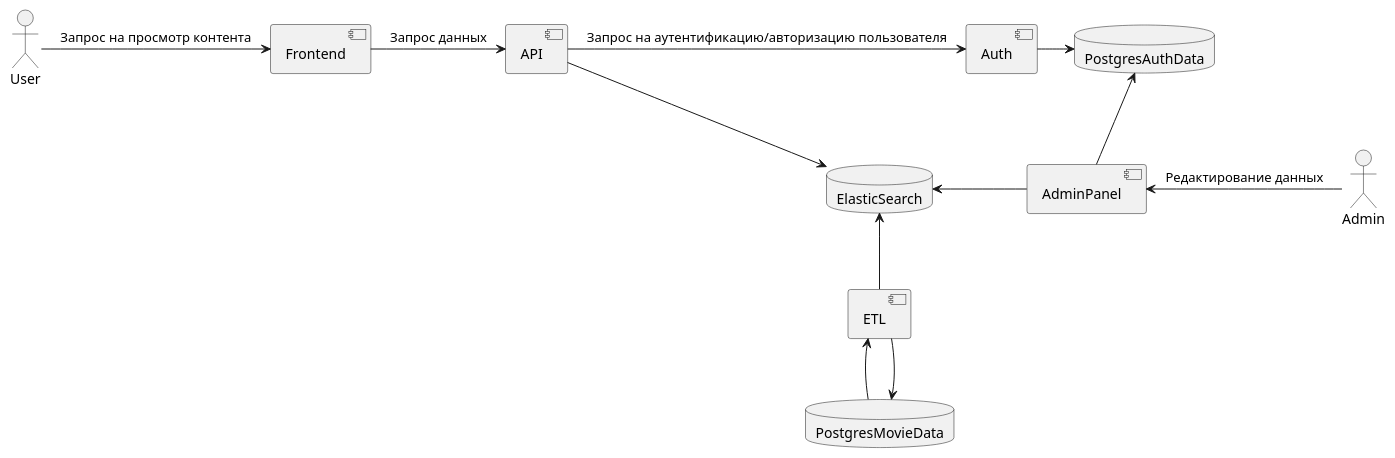
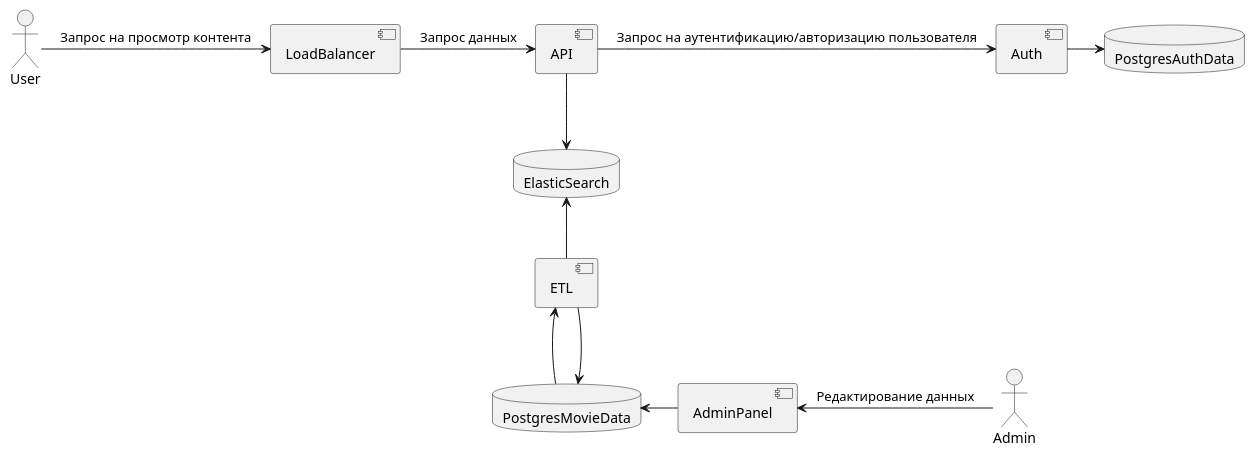
One commit to mrvanolog/ugc_sprint_1 changed the diagram in architecture/as_is.pu. Above: the diagram before and after it, drawn with PlantUML.

Commit message:
Update naming

```diff
--- a/architecture/as_is.pu
+++ b/architecture/as_is.pu
@@ -1,27 +1,26 @@
 @startuml
 
 skinparam componentStyle uml2
 actor User
 actor Admin
 database PostgresMovieData
 database PostgresAuthData
 database ElasticSearch
 component AdminPanel
-component Frontend
+component LoadBalancer
 component API
 component Auth
 component ETL
 
-User -right-> Frontend: Запрос на просмотр контента
-Frontend -right-> API: Запрос данных
+User -right-> LoadBalancer: Запрос на просмотр контента
+LoadBalancer -right-> API: Запрос данных
 API -right-> Auth: Запрос на аутентификацию/авторизацию пользователя
 API -down-> ElasticSearch
 Auth -right-> PostgresAuthData
 PostgresMovieData -up-> ETL
 ETL -down-> PostgresMovieData
 ETL -up-> ElasticSearch
 Admin -left-> AdminPanel: Редактирование данных
-AdminPanel -left-> ElasticSearch
-AdminPanel -up-> PostgresAuthData
+AdminPanel -left-> PostgresMovieData
 
 @enduml
```
